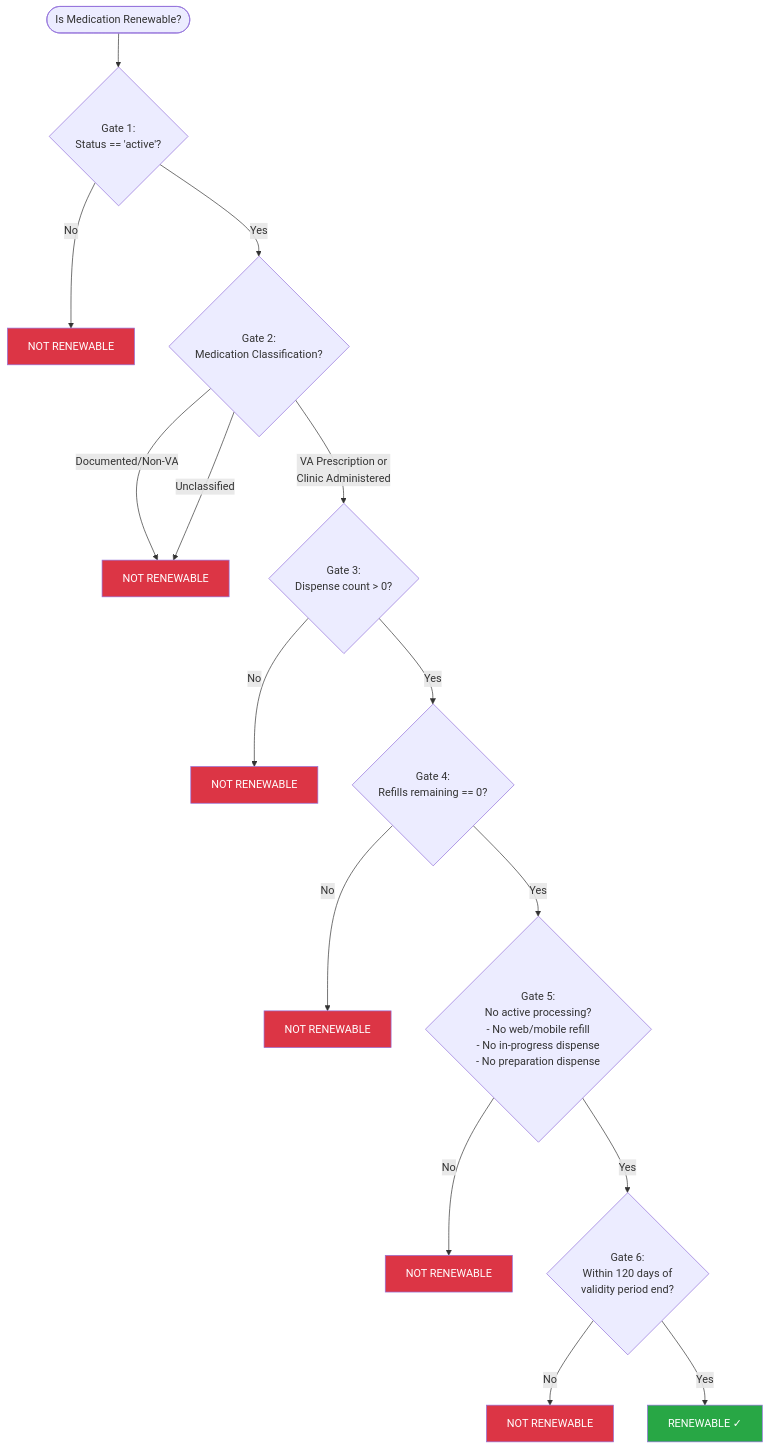
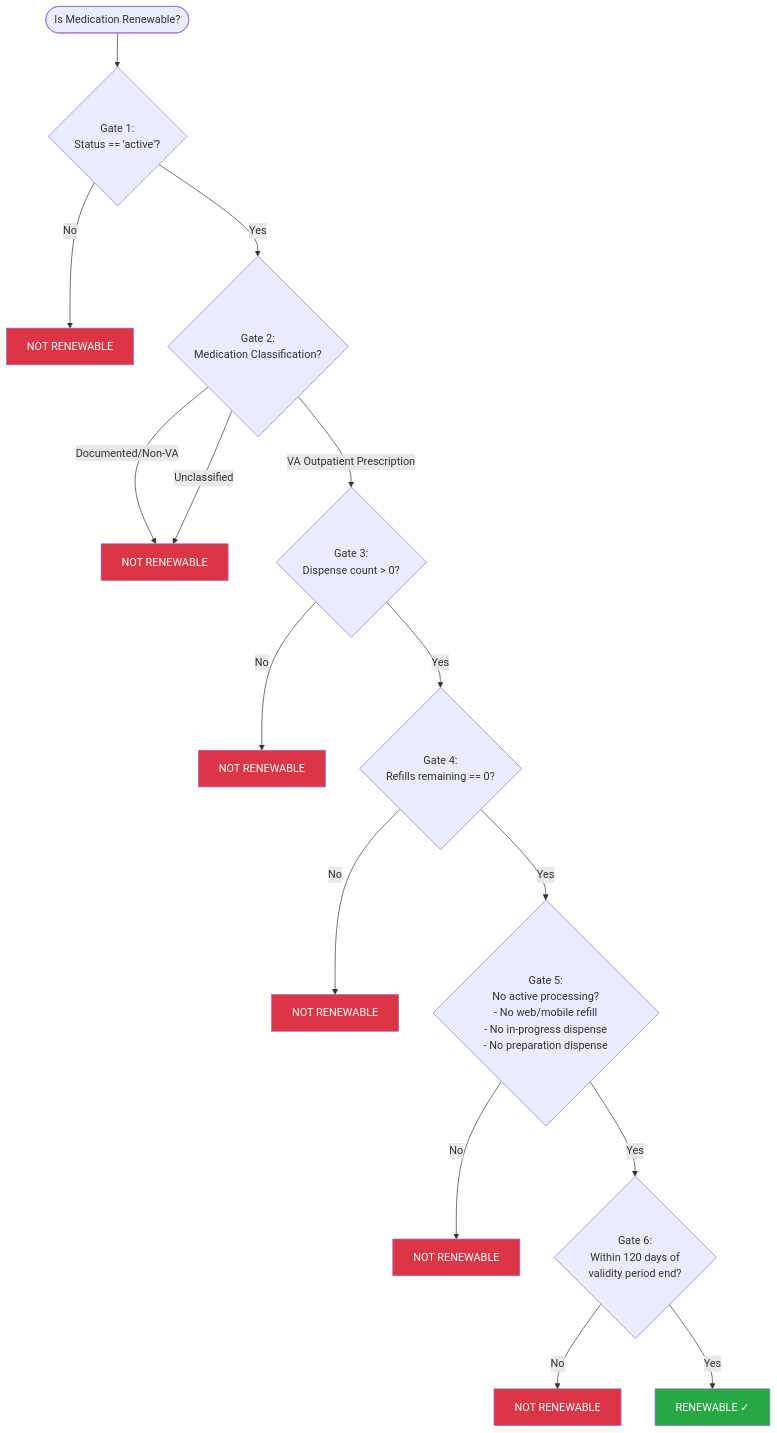
The diagram in products/health-care/digital-health-modernization/mhv-to-va.gov/medications/requirements/oracle_health_renewability_spec.md (department-of-veterans-affairs/va.gov-team), drawn with Mermaid before and after one commit. The commit also changed other lines of this file, not shown here.

````diff
--- a/products/health-care/digital-health-modernization/mhv-to-va.gov/medications/requirements/oracle_health_renewability_spec.md
+++ b/products/health-care/digital-health-modernization/mhv-to-va.gov/medications/requirements/oracle_health_renewability_spec.md
@@ -126,37 +126,37 @@
 ```mermaid
 flowchart TD
     Start([Is Medication Renewable?]) --> Gate1
 
     Gate1{Gate 1:<br/>Status == 'active'?}
     Gate1 -->|No| NotRenewable1[NOT RENEWABLE]
     Gate1 -->|Yes| Gate2
 
     Gate2{Gate 2:<br/>Medication Classification?}
     Gate2 -->|Documented/Non-VA| NotRenewable2[NOT RENEWABLE]
     Gate2 -->|Unclassified| NotRenewable2
-    Gate2 -->|VA Prescription or<br/>Clinic Administered| Gate3
+    Gate2 -->|VA Outpatient Prescription| Gate3
 
     Gate3{Gate 3:<br/>Dispense count > 0?}
     Gate3 -->|No| NotRenewable3[NOT RENEWABLE]
     Gate3 -->|Yes| Gate4
 
     Gate4{Gate 4:<br/>Refills remaining == 0?}
     Gate4 -->|No| NotRenewable4[NOT RENEWABLE]
     Gate4 -->|Yes| Gate5
 
     Gate5{Gate 5:<br/>No active processing?<br/>- No web/mobile refill<br/>- No in-progress dispense<br/>- No preparation dispense}
     Gate5 -->|No| NotRenewable5[NOT RENEWABLE]
     Gate5 -->|Yes| Gate6
 
     Gate6{Gate 6:<br/>Within 120 days of<br/>validity period end?}
     Gate6 -->|No| NotRenewable6[NOT RENEWABLE]
     Gate6 -->|Yes| Renewable[RENEWABLE ✓]
 
     style Renewable fill:#28a745,color:#fff
     style NotRenewable1 fill:#dc3545,color:#fff
     style NotRenewable2 fill:#dc3545,color:#fff
     style NotRenewable3 fill:#dc3545,color:#fff
     style NotRenewable4 fill:#dc3545,color:#fff
     style NotRenewable5 fill:#dc3545,color:#fff
     style NotRenewable6 fill:#dc3545,color:#fff
 ```
````
